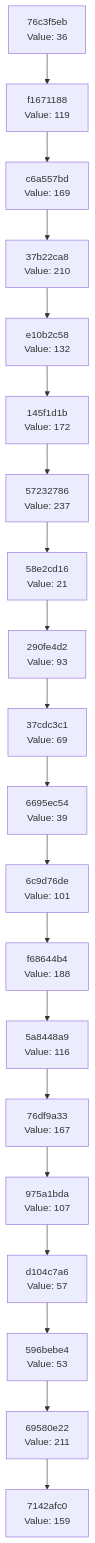
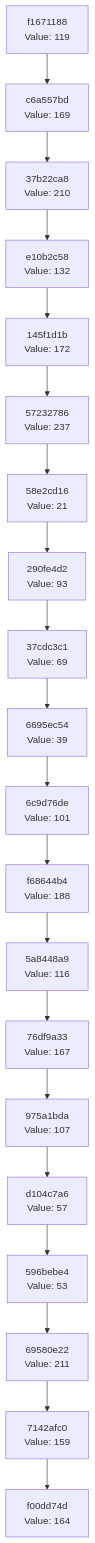
The diagram in docs/CHAIN_VISUALIZATION.md (Abhisheksinha1506/hash-chain-evolver), drawn with Mermaid before and after one commit. The commit also changed 3 other files, not shown here.

````diff
--- a/docs/CHAIN_VISUALIZATION.md
+++ b/docs/CHAIN_VISUALIZATION.md
@@ -3,42 +3,42 @@
 ```mermaid
 graph TD
-    C0["7142afc0<br/>Value: 159"]
-    C1["69580e22<br/>Value: 211"]
+    C0["f00dd74d<br/>Value: 164"]
+    C1["7142afc0<br/>Value: 159"]
     C1 --> C0
-    C2["596bebe4<br/>Value: 53"]
+    C2["69580e22<br/>Value: 211"]
     C2 --> C1
-    C3["d104c7a6<br/>Value: 57"]
+    C3["596bebe4<br/>Value: 53"]
     C3 --> C2
-    C4["975a1bda<br/>Value: 107"]
+    C4["d104c7a6<br/>Value: 57"]
     C4 --> C3
-    C5["76df9a33<br/>Value: 167"]
+    C5["975a1bda<br/>Value: 107"]
     C5 --> C4
-    C6["5a8448a9<br/>Value: 116"]
+    C6["76df9a33<br/>Value: 167"]
     C6 --> C5
-    C7["f68644b4<br/>Value: 188"]
+    C7["5a8448a9<br/>Value: 116"]
     C7 --> C6
-    C8["6c9d76de<br/>Value: 101"]
+    C8["f68644b4<br/>Value: 188"]
     C8 --> C7
-    C9["6695ec54<br/>Value: 39"]
+    C9["6c9d76de<br/>Value: 101"]
     C9 --> C8
-    C10["37cdc3c1<br/>Value: 69"]
+    C10["6695ec54<br/>Value: 39"]
     C10 --> C9
-    C11["290fe4d2<br/>Value: 93"]
+    C11["37cdc3c1<br/>Value: 69"]
     C11 --> C10
-    C12["58e2cd16<br/>Value: 21"]
+    C12["290fe4d2<br/>Value: 93"]
     C12 --> C11
-    C13["57232786<br/>Value: 237"]
+    C13["58e2cd16<br/>Value: 21"]
     C13 --> C12
-    C14["145f1d1b<br/>Value: 172"]
+    C14["57232786<br/>Value: 237"]
     C14 --> C13
-    C15["e10b2c58<br/>Value: 132"]
+    C15["145f1d1b<br/>Value: 172"]
     C15 --> C14
-    C16["37b22ca8<br/>Value: 210"]
+    C16["e10b2c58<br/>Value: 132"]
     C16 --> C15
-    C17["c6a557bd<br/>Value: 169"]
+    C17["37b22ca8<br/>Value: 210"]
     C17 --> C16
-    C18["f1671188<br/>Value: 119"]
+    C18["c6a557bd<br/>Value: 169"]
     C18 --> C17
-    C19["76c3f5eb<br/>Value: 36"]
+    C19["f1671188<br/>Value: 119"]
     C19 --> C18
 ```
````
